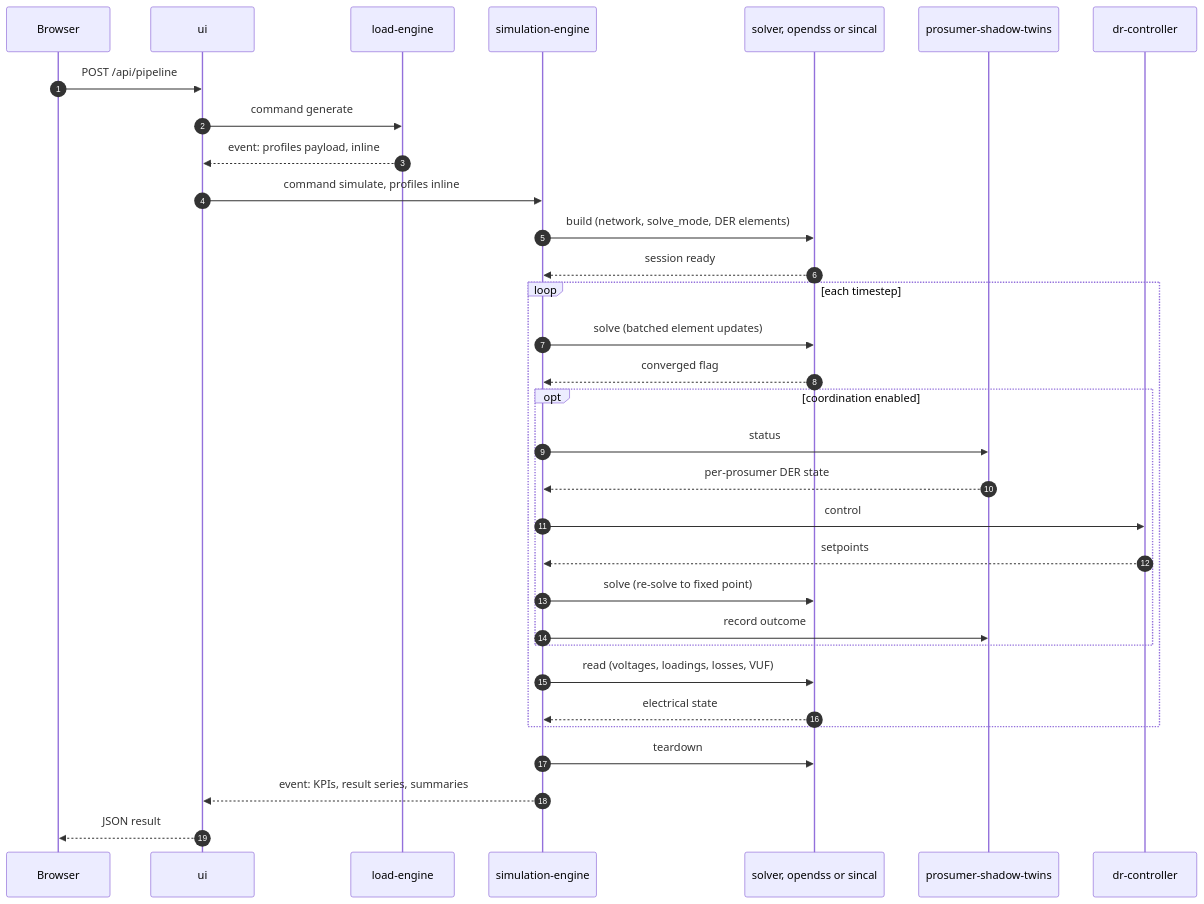
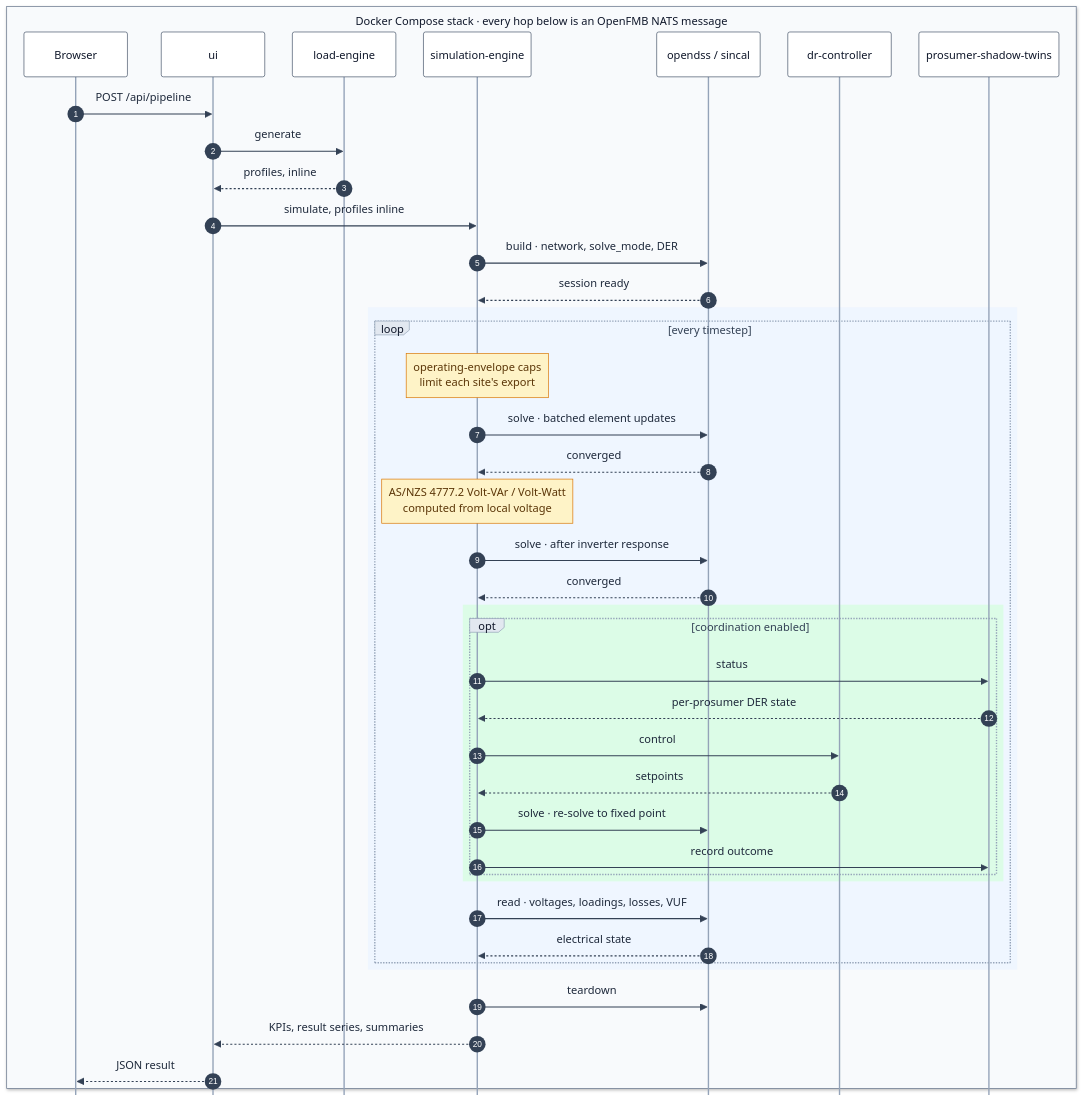
One commit to YASHII-X46/Containerised-Digital-Twin-Platform-for-Evaluating-Network-Impacts-of-DER-Integration changed the second of 2 diagrams in README.md. Above: the diagram before and after it, drawn with Mermaid. The commit also changed other lines of this file, not shown here.

Commit message:
Redraw README Mermaid diagrams and correct the 4777.2 ordering

````diff
--- a/README.md
+++ b/README.md
@@ -138,38 +149,49 @@
 ```mermaid
+%%{init: {"theme":"base","themeVariables":{"primaryColor":"#ffffff","primaryTextColor":"#0f172a","primaryBorderColor":"#64748b","lineColor":"#64748b","textColor":"#0f172a","actorBkg":"#ffffff","actorBorder":"#475569","actorTextColor":"#0f172a","actorLineColor":"#94a3b8","signalColor":"#334155","signalTextColor":"#1e293b","noteBkgColor":"#fef3c7","noteBorderColor":"#d97706","noteTextColor":"#5b3608","labelBoxBkgColor":"#e2e8f0","labelBoxBorderColor":"#94a3b8","labelTextColor":"#0f172a","loopTextColor":"#334155","sequenceNumberColor":"#ffffff"},"sequence":{"actorMargin":40,"boxMargin":10,"mirrorActors":false,"messageAlign":"center"}} }%%
 sequenceDiagram
     autonumber
-    participant B as Browser
-    participant UI as ui
-    participant LE as load-engine
-    participant SE as simulation-engine
-    participant SV as solver, opendss or sincal
-    participant TW as prosumer-shadow-twins
-    participant DR as dr-controller
+
+    box rgb(248,250,252) Docker Compose stack · every hop below is an OpenFMB NATS message
+        participant B as Browser
+        participant UI as ui
+        participant LE as load-engine
+        participant SE as simulation-engine
+        participant SV as opendss / sincal
+        participant DR as dr-controller
+        participant TW as prosumer-shadow-twins
+    end
 
     B->>UI: POST /api/pipeline
-    UI->>LE: command generate
-    LE-->>UI: event: profiles payload, inline
-    UI->>SE: command simulate, profiles inline
-
-    SE->>SV: build (network, solve_mode, DER elements)
+    UI->>LE: generate
+    LE-->>UI: profiles, inline
+    UI->>SE: simulate, profiles inline
+    SE->>SV: build · network, solve_mode, DER
     SV-->>SE: session ready
 
-    loop each timestep
-        SE->>SV: solve (batched element updates)
-        SV-->>SE: converged flag
-        opt coordination enabled
-            SE->>TW: status
-            TW-->>SE: per-prosumer DER state
-            SE->>DR: control
-            DR-->>SE: setpoints
-            SE->>SV: solve (re-solve to fixed point)
-            SE->>TW: record outcome
+    rect rgb(239,246,255)
+        loop every timestep
+            Note over SE: operating-envelope caps<br/>limit each site's export
+            SE->>SV: solve · batched element updates
+            SV-->>SE: converged
+            Note over SE: AS/NZS 4777.2 Volt-VAr / Volt-Watt<br/>computed from local voltage
+            SE->>SV: solve · after inverter response
+            SV-->>SE: converged
+            rect rgb(220,252,231)
+                opt coordination enabled
+                    SE->>TW: status
+                    TW-->>SE: per-prosumer DER state
+                    SE->>DR: control
+                    DR-->>SE: setpoints
+                    SE->>SV: solve · re-solve to fixed point
+                    SE->>TW: record outcome
+                end
+            end
+            SE->>SV: read · voltages, loadings, losses, VUF
+            SV-->>SE: electrical state
         end
-        SE->>SV: read (voltages, loadings, losses, VUF)
-        SV-->>SE: electrical state
     end
 
     SE->>SV: teardown
-    SE-->>UI: event: KPIs, result series, summaries
+    SE-->>UI: KPIs, result series, summaries
     UI-->>B: JSON result
 ```
````
